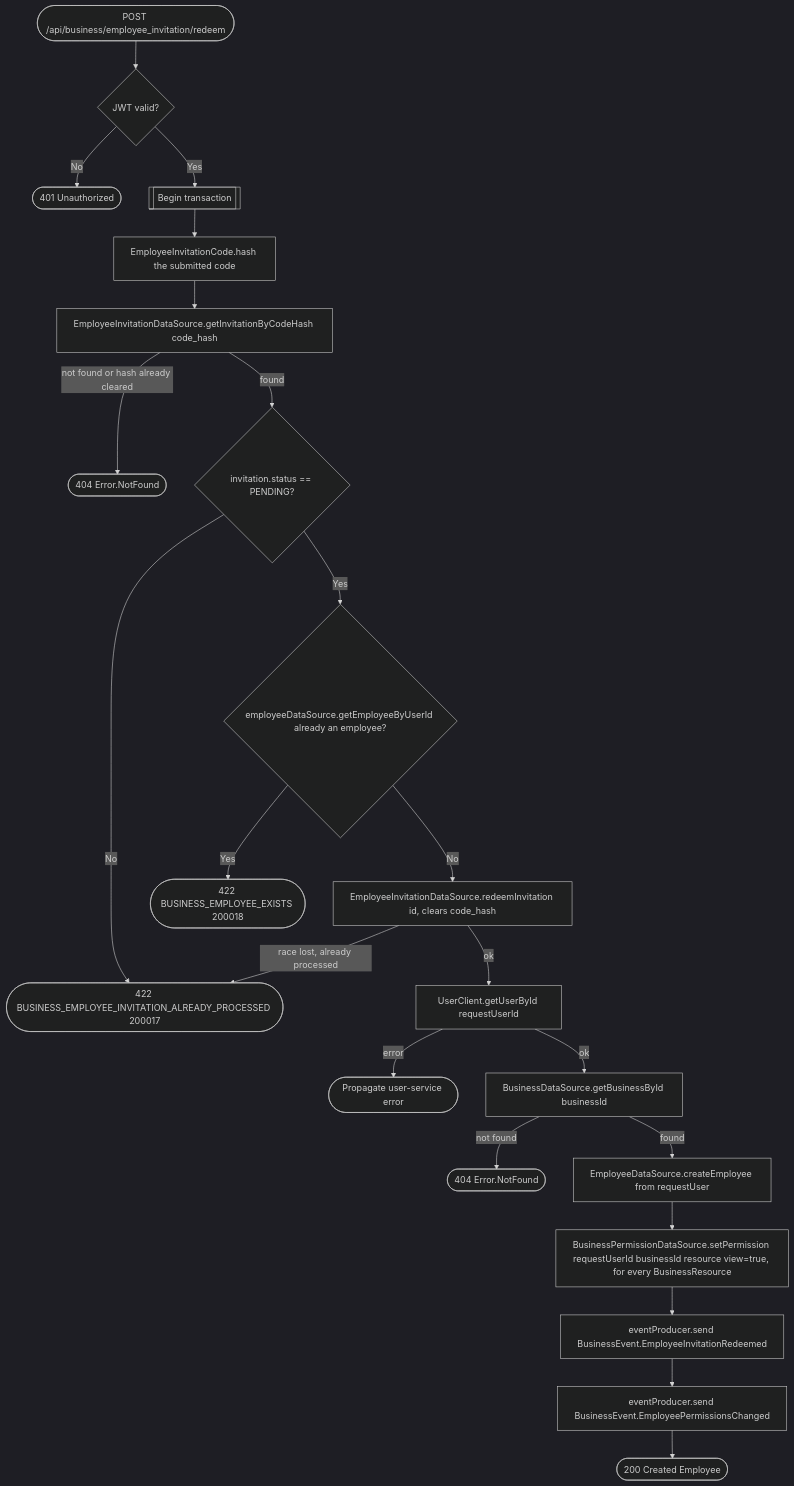
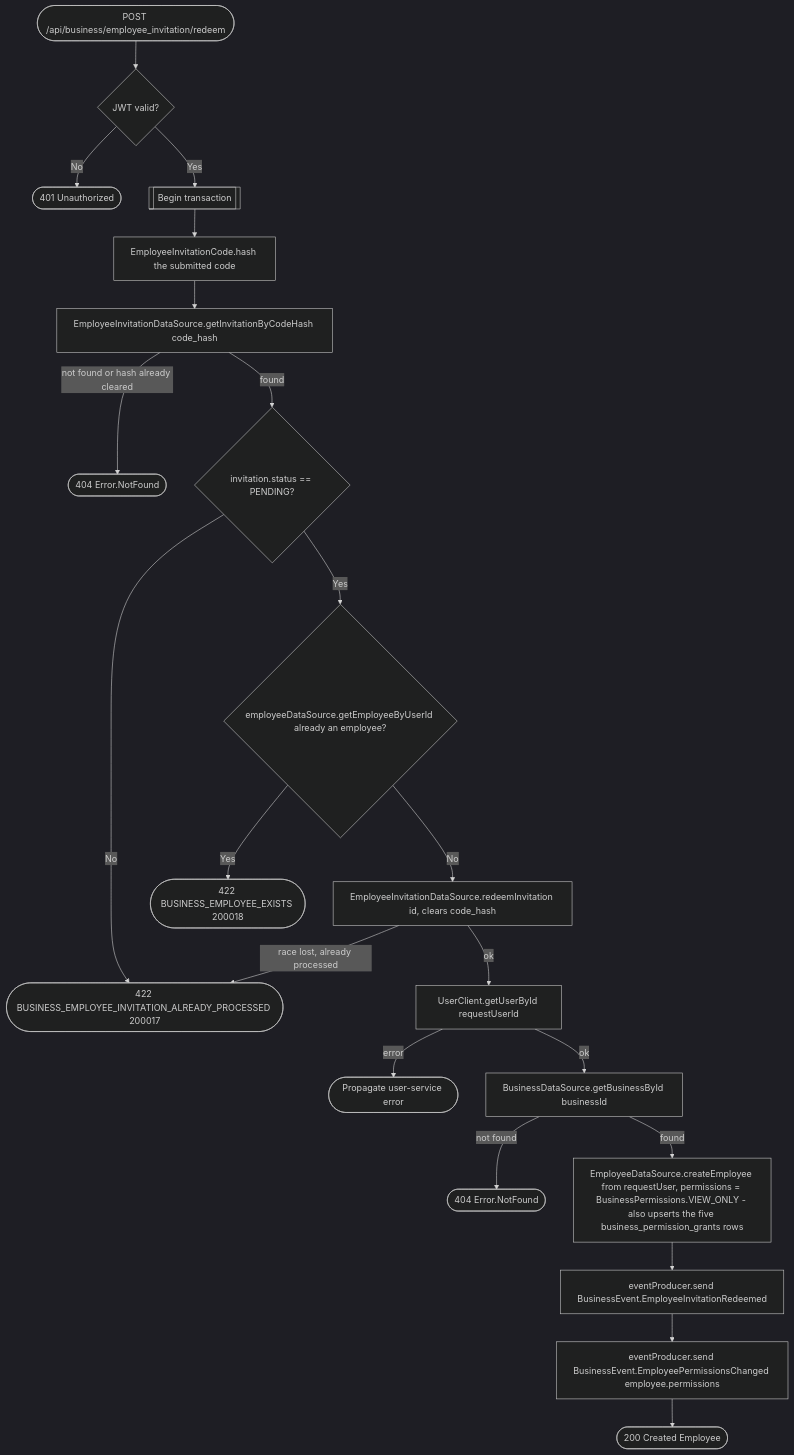
The diagram in docs/operations/business/join-business.md (an22/bookk.me-backend), drawn with Mermaid (dark theme) before and after one commit. The commit also changed other lines of this file and 73 other files, not shown here.

````diff
--- a/docs/operations/business/join-business.md
+++ b/docs/operations/business/join-business.md
@@ -26,24 +26,23 @@
 ```mermaid
 flowchart TD
     Start([POST /api/business/employee_invitation/redeem]) --> Auth{JWT valid?}
     Auth -- No --> R401([401 Unauthorized])
     Auth -- Yes --> Tx[[Begin transaction]]
     Tx --> HashCode[EmployeeInvitationCode.hash the submitted code]
     HashCode --> GetInvite[EmployeeInvitationDataSource.getInvitationByCodeHash code_hash]
     GetInvite -- not found or hash already cleared --> R404a([404 Error.NotFound])
     GetInvite -- found --> Status{invitation.status == PENDING?}
     Status -- No --> R422a([422 BUSINESS_EMPLOYEE_INVITATION_ALREADY_PROCESSED 200017])
     Status -- Yes --> AlreadyEmployee{employeeDataSource.getEmployeeByUserId already an employee?}
     AlreadyEmployee -- Yes --> R422b([422 BUSINESS_EMPLOYEE_EXISTS 200018])
     AlreadyEmployee -- No --> Redeem[EmployeeInvitationDataSource.redeemInvitation id, clears code_hash]
     Redeem -- race lost, already processed --> R422a
     Redeem -- ok --> GetUser[UserClient.getUserById requestUserId]
     GetUser -- error --> RErr([Propagate user-service error])
     GetUser -- ok --> GetBiz[BusinessDataSource.getBusinessById businessId]
     GetBiz -- not found --> R404b([404 Error.NotFound])
-    GetBiz -- found --> CreateEmployee[EmployeeDataSource.createEmployee from requestUser]
-    CreateEmployee --> SetPerm[BusinessPermissionDataSource.setPermission requestUserId businessId resource view=true, for every BusinessResource]
-    SetPerm --> Event[eventProducer.send BusinessEvent.EmployeeInvitationRedeemed]
-    Event --> PermEvent[eventProducer.send BusinessEvent.EmployeePermissionsChanged]
+    GetBiz -- found --> CreateEmployee[EmployeeDataSource.createEmployee from requestUser, permissions = BusinessPermissions.VIEW_ONLY - also upserts the five business_permission_grants rows]
+    CreateEmployee --> Event[eventProducer.send BusinessEvent.EmployeeInvitationRedeemed]
+    Event --> PermEvent[eventProducer.send BusinessEvent.EmployeePermissionsChanged employee.permissions]
     PermEvent --> R200([200 Created Employee])
 ```
````
